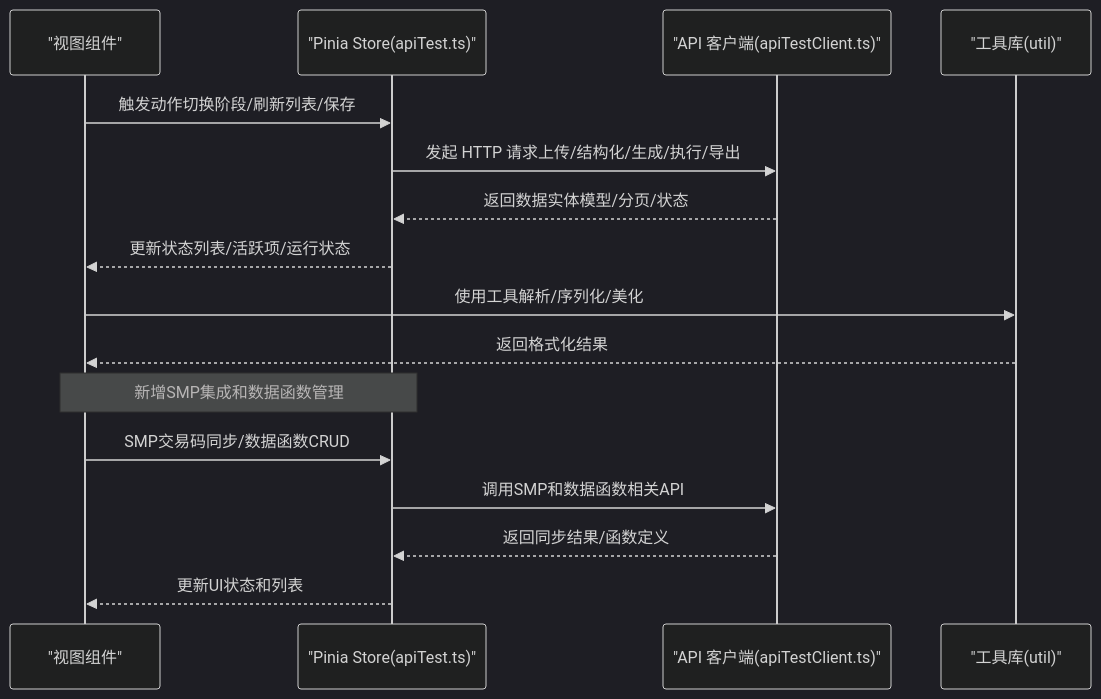
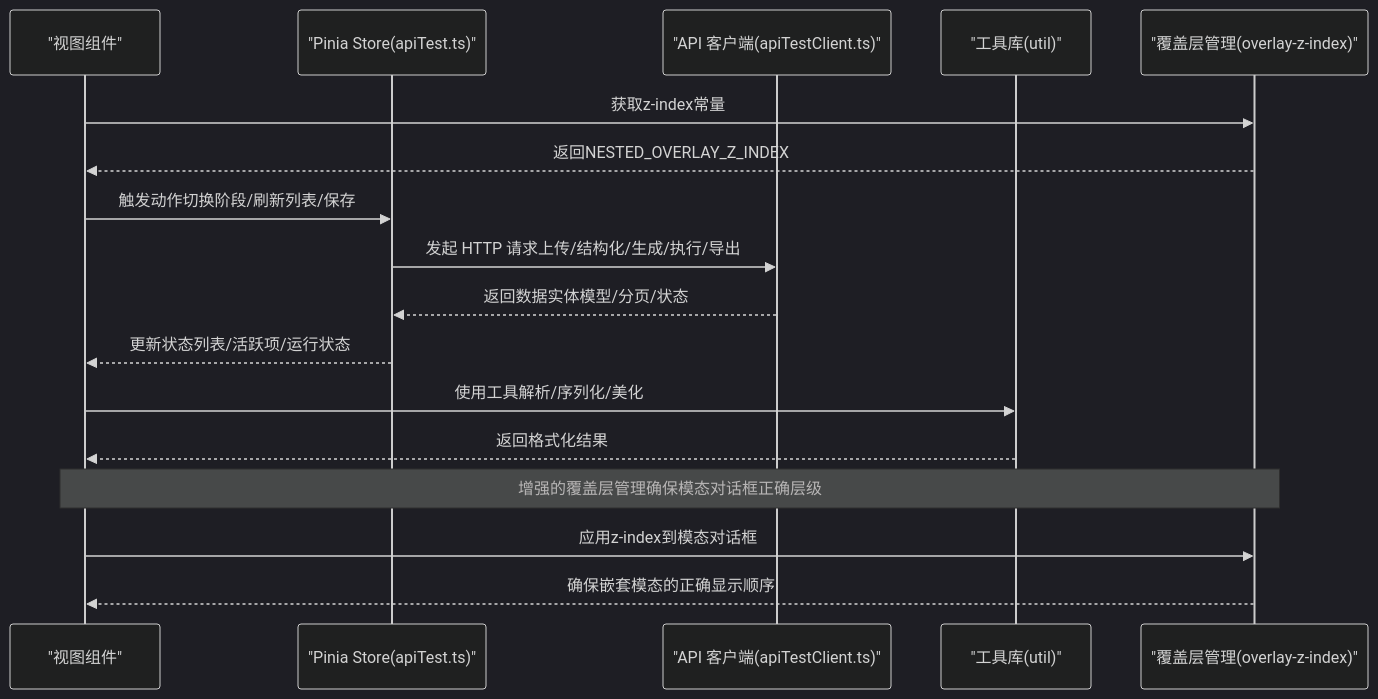
Before and after one commit to Lichhu/caseForge: the second of 11 diagrams in .qoder/repowiki/zh/content/前端开发/组件系统/API 测试组件.md, drawn with Mermaid (dark theme). The commit also changed other lines of this file and 8 other files, not shown here.

````diff
--- a/.qoder/repowiki/zh/content/前端开发/组件系统/API 测试组件.md
+++ b/.qoder/repowiki/zh/content/前端开发/组件系统/API 测试组件.md
@@ -140,18 +143,19 @@
 ```mermaid
 sequenceDiagram
 participant V as "视图组件"
 participant S as "Pinia Store(apiTest.ts)"
 participant C as "API 客户端(apiTestClient.ts)"
 participant U as "工具库(util)"
+participant Z as "覆盖层管理(overlay-z-index)"
+V->>Z : 获取z-index常量
+Z-->>V : 返回NESTED_OVERLAY_Z_INDEX
 V->>S : 触发动作切换阶段/刷新列表/保存
 S->>C : 发起 HTTP 请求上传/结构化/生成/执行/导出
 C-->>S : 返回数据实体模型/分页/状态
 S-->>V : 更新状态列表/活跃项/运行状态
 V->>U : 使用工具解析/序列化/美化
 U-->>V : 返回格式化结果
-Note over V,S : 新增SMP集成和数据函数管理
-V->>S : SMP交易码同步/数据函数CRUD
-S->>C : 调用SMP和数据函数相关API
-C-->>S : 返回同步结果/函数定义
-S-->>V : 更新UI状态和列表
+Note over V,Z : 增强的覆盖层管理确保模态对话框正确层级
+V->>Z : 应用z-index到模态对话框
+Z-->>V : 确保嵌套模态的正确显示顺序
 ```
````
